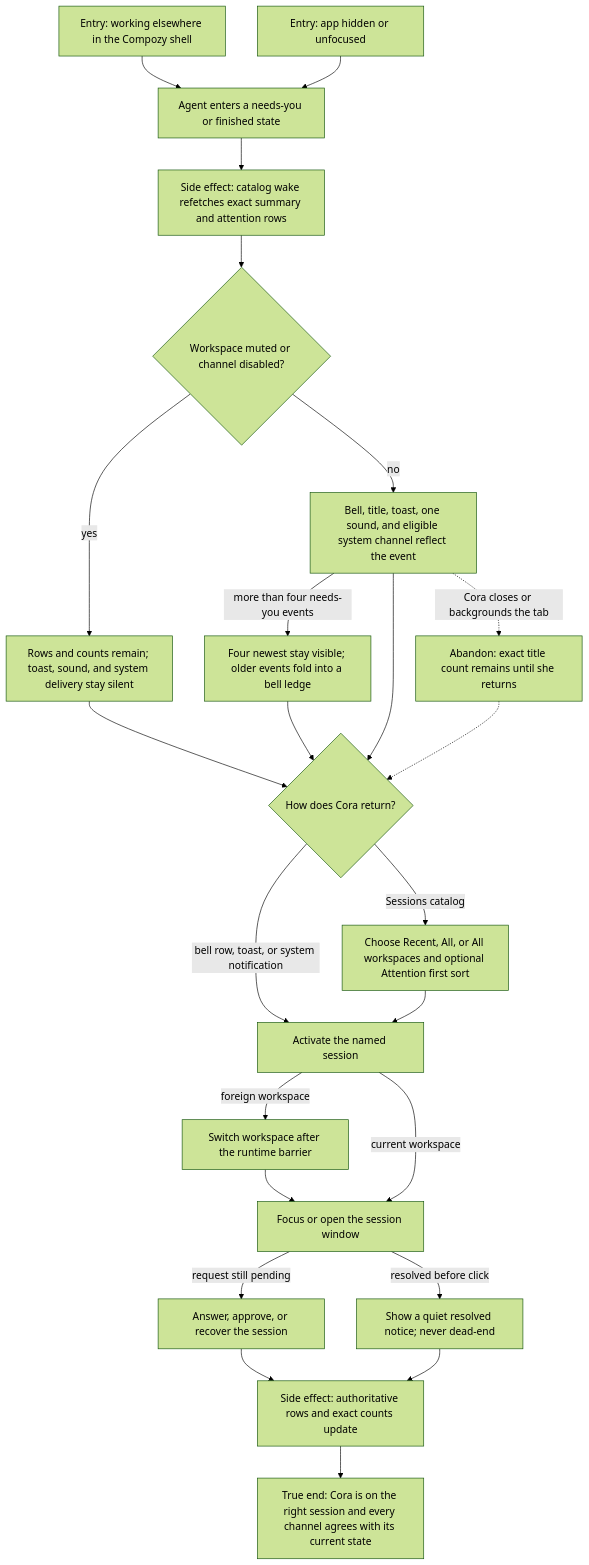
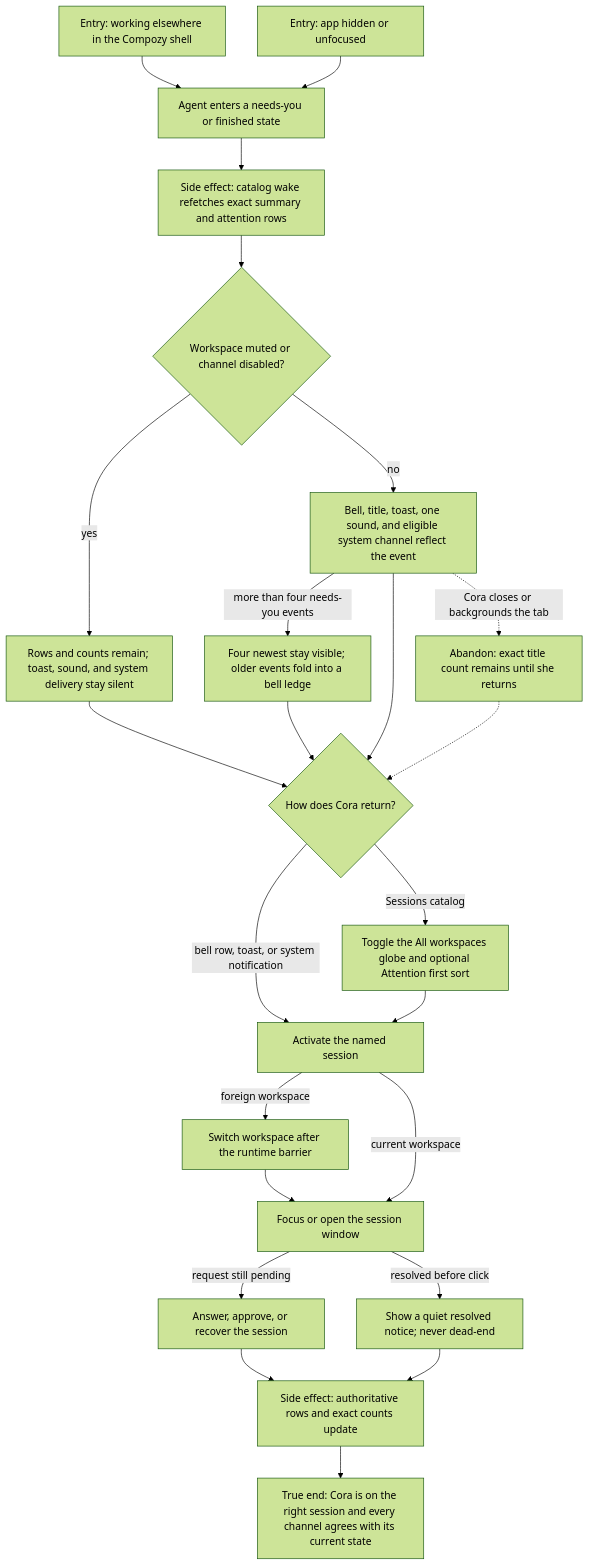
Before and after one commit to compozy/compozy: the diagram in docs/qa/journeys/J-respond-to-agent-attention.md, drawn with Mermaid (forest theme). The commit also changed 73 other files, not shown here.

````diff
--- a/docs/qa/journeys/J-respond-to-agent-attention.md
+++ b/docs/qa/journeys/J-respond-to-agent-attention.md
@@ -8,26 +8,26 @@
 ```mermaid
 flowchart TD
     E1[Entry: working elsewhere in the Compozy shell] --> EDGE[Agent enters a needs-you or finished state]
     E2[Entry: app hidden or unfocused] --> EDGE
     EDGE --> AUTH[Side effect: catalog wake refetches exact summary and attention rows]
     AUTH --> POLICY{Workspace muted or channel disabled?}
     POLICY -->|yes| QUIET[Rows and counts remain; toast, sound, and system delivery stay silent]
     POLICY -->|no| SIGNAL[Bell, title, toast, one sound, and eligible system channel reflect the event]
     SIGNAL -->|more than four needs-you events| FOLD[Four newest stay visible; older events fold into a bell ledge]
     SIGNAL --> CHOOSE{How does Cora return?}
     FOLD --> CHOOSE
     QUIET --> CHOOSE
     CHOOSE -->|bell row, toast, or system notification| JUMP[Activate the named session]
-    CHOOSE -->|Sessions catalog| LIST[Choose Recent, All, or All workspaces and optional Attention first sort]
+    CHOOSE -->|Sessions catalog| LIST[Toggle the All workspaces globe and optional Attention first sort]
     LIST --> JUMP
     JUMP -->|foreign workspace| SWITCH[Switch workspace after the runtime barrier]
     JUMP -->|current workspace| LAND[Focus or open the session window]
     SWITCH --> LAND
     LAND -->|request still pending| ACT[Answer, approve, or recover the session]
     LAND -->|resolved before click| INFO[Show a quiet resolved notice; never dead-end]
     ACT --> CLEAR[Side effect: authoritative rows and exact counts update]
     INFO --> CLEAR
     CLEAR --> END[True end: Cora is on the right session and every channel agrees with its current state]
     SIGNAL -.->|Cora closes or backgrounds the tab| AB[Abandon: exact title count remains until she returns]
     AB -.-> CHOOSE
 ```
````
